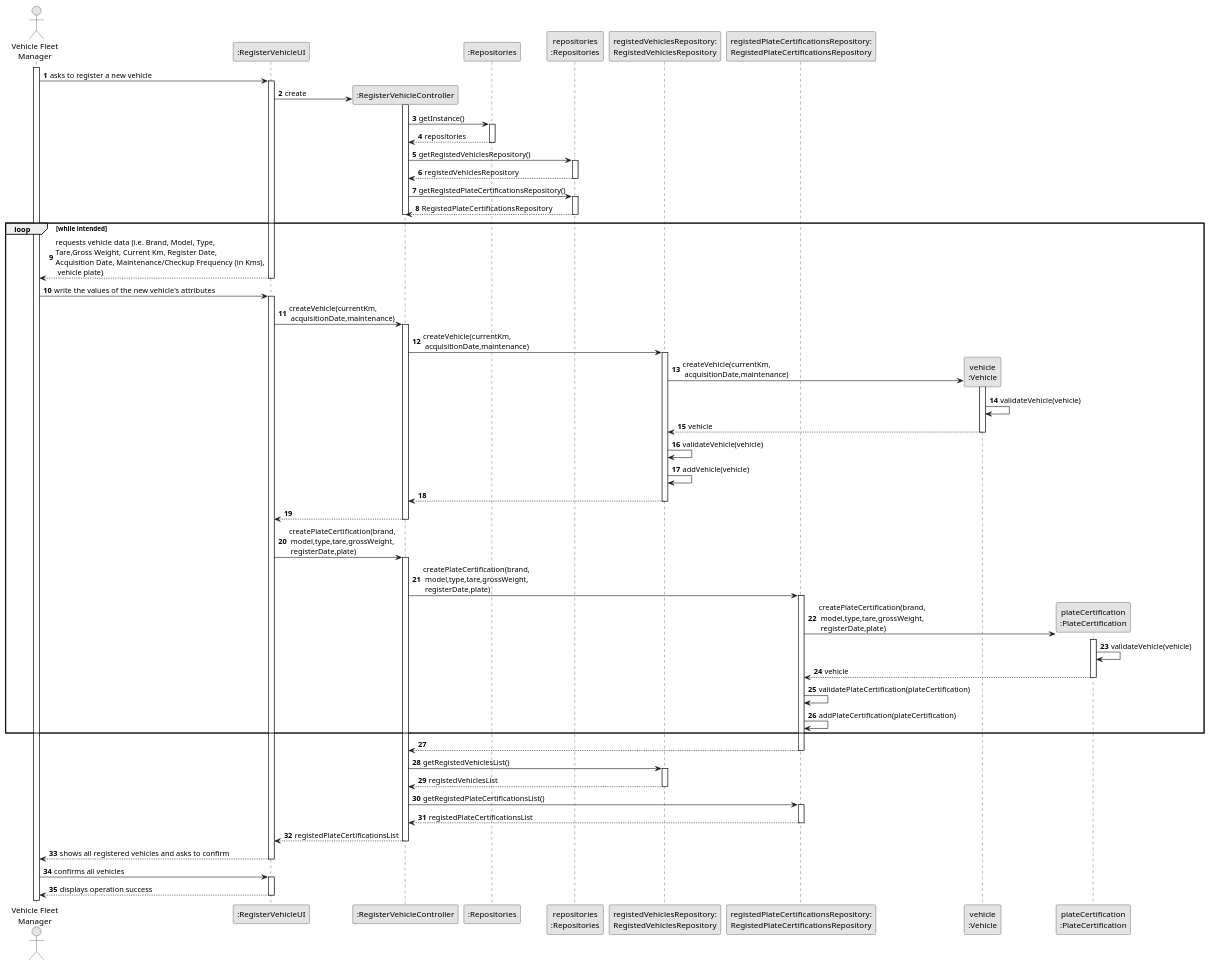
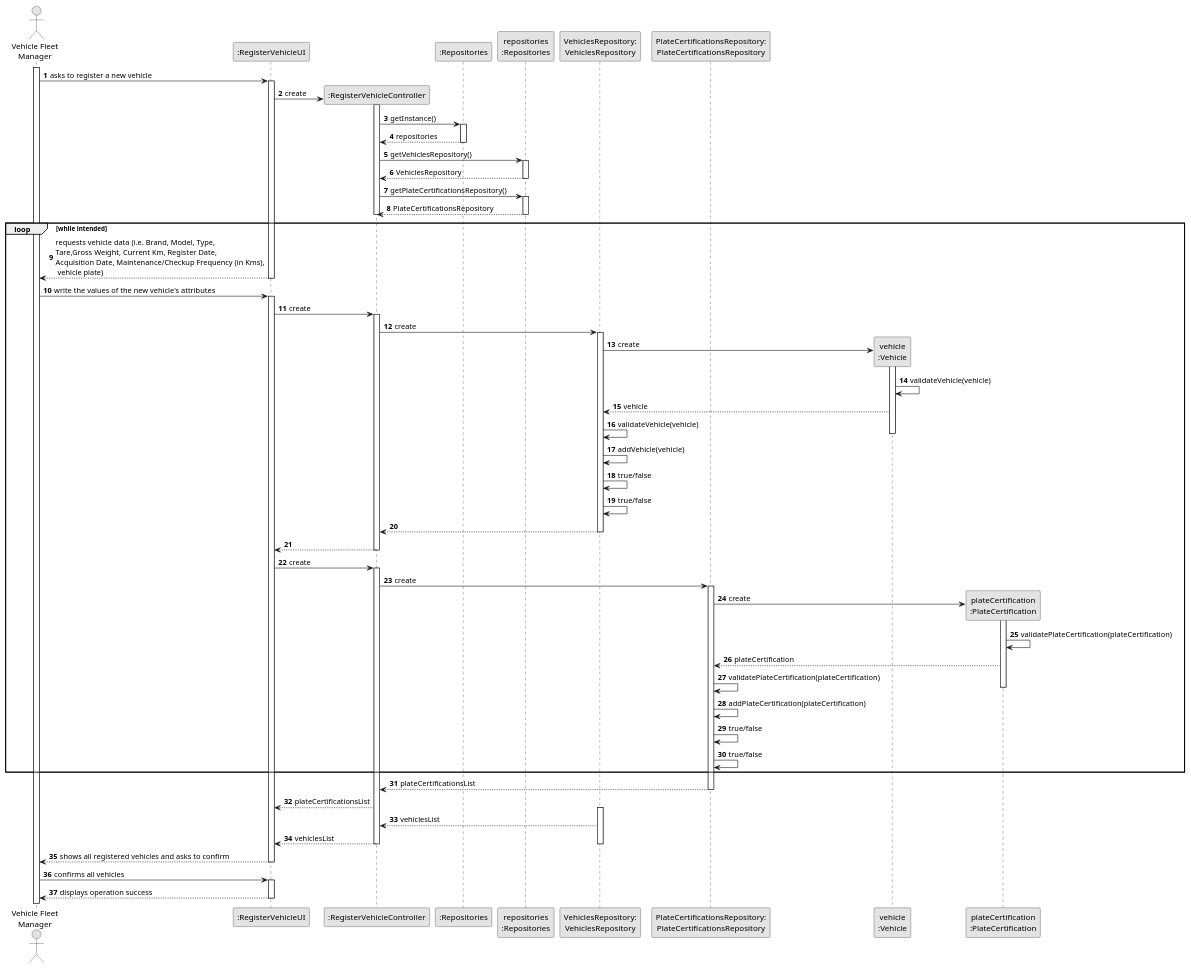
The diagram in docs/sprint2/us006/03.design/puml/us006-sequence-diagram-full.puml (1231360-ISEP/lei-24-s2-1db-g021), drawn with PlantUML before and after one commit. The commit also changed 7 other files, not shown here.

Commit message:
US6 - update full diagram and modify some files

```diff
--- a/docs/sprint2/us006/03.design/puml/us006-sequence-diagram-full.puml
+++ b/docs/sprint2/us006/03.design/puml/us006-sequence-diagram-full.puml
@@ -1,127 +1,125 @@
 @startuml
 skinparam monochrome true
 skinparam packageStyle rectangle
 skinparam shadowing false
 
 actor "Vehicle Fleet\nManager" as VFM
 participant ":RegisterVehicleUI" as UI
 participant ":RegisterVehicleController" as CTRL
 participant ":Repositories" as RepositorySingleton
 participant "repositories\n:Repositories" as PLAT
-participant "registedVehiclesRepository:\nRegistedVehiclesRepository" as RegistedVehiclesRepository
-participant "registedPlateCertificationsRepository:\nRegistedPlateCertificationsRepository" as RegistedPlateCertificationsRepository
+participant "VehiclesRepository:\nVehiclesRepository" as VehiclesRepository
+participant "PlateCertificationsRepository:\nPlateCertificationsRepository" as PlateCertificationsRepository
 participant "vehicle\n:Vehicle" as VEICULO
 participant "plateCertification\n:PlateCertification" as PLATE_CERTIFICATION
 
 autonumber 1
 
 activate VFM
 
         VFM -> UI : asks to register a new vehicle
     activate UI
 
         UI -> CTRL** : create
     activate CTRL
 
         CTRL -> RepositorySingleton : getInstance()
     activate RepositorySingleton
 
     RepositorySingleton --> CTRL: repositories
     deactivate RepositorySingleton
 
-        CTRL -> PLAT : getRegistedVehiclesRepository()
+        CTRL -> PLAT : getVehiclesRepository()
     activate PLAT
 
-    PLAT --> CTRL: registedVehiclesRepository
+    PLAT --> CTRL: VehiclesRepository
     deactivate PLAT
 
-    CTRL -> PLAT : getRegistedPlateCertificationsRepository()
+    CTRL -> PLAT : getPlateCertificationsRepository()
 
     activate PLAT
 
-    PLAT --> CTRL: RegistedPlateCertificationsRepository
+    PLAT --> CTRL: PlateCertificationsRepository
     deactivate PLAT
 
 deactivate CTRL
 
     loop while intended
         UI --> VFM : requests vehicle data (i.e. Brand, Model, Type, \nTare,Gross Weight, Current Km, Register Date, \nAcquisition Date, Maintenance/Checkup Frequency (in Kms),\n vehicle plate)
 
     deactivate UI
 
         VFM -> UI : write the values of the new vehicle's attributes
     activate UI
 
-       UI -> CTRL: createVehicle(currentKm,\n acquisitionDate,maintenance)
+       UI -> CTRL: create
     activate CTRL
 
-        CTRL -> RegistedVehiclesRepository : createVehicle(currentKm,\n acquisitionDate,maintenance)
-    activate RegistedVehiclesRepository
+        CTRL -> VehiclesRepository : create
+    activate VehiclesRepository
 
-        RegistedVehiclesRepository -> VEICULO**: createVehicle(currentKm,\n acquisitionDate,maintenance)
+        'VehiclesRepository -> VEICULO**: createVehicle(currentKm,\n acquisitionDate,maintenance)
+        VehiclesRepository -> VEICULO**: create
     activate VEICULO
 
-        VEICULO -> VEICULO: validateVehicle(vehicle)
+    VEICULO -> VEICULO: validateVehicle(vehicle)
 
-    RegistedVehiclesRepository <-- VEICULO : vehicle
+    VEICULO --> VehiclesRepository : vehicle
+    VehiclesRepository -> VehiclesRepository: validateVehicle(vehicle)
     deactivate VEICULO
+    VehiclesRepository -> VehiclesRepository: addVehicle(vehicle)
+    VehiclesRepository -> VehiclesRepository: true/false
+    VehiclesRepository -> VehiclesRepository: true/false
 
-    RegistedVehiclesRepository -> RegistedVehiclesRepository: validateVehicle(vehicle)
-    RegistedVehiclesRepository -> RegistedVehiclesRepository: addVehicle(vehicle)
-
-    CTRL <-- RegistedVehiclesRepository
-    deactivate RegistedVehiclesRepository
+    CTRL <-- VehiclesRepository
+    deactivate VehiclesRepository
 
     UI <-- CTRL
 
     deactivate CTRL
 
-    UI -> CTRL: createPlateCertification(brand,\n model,type,tare,grossWeight,\n registerDate,plate)
+    UI -> CTRL: create
 
     activate CTRL
 
-        CTRL -> RegistedPlateCertificationsRepository : createPlateCertification(brand,\n model,type,tare,grossWeight,\n registerDate,plate)
-    activate RegistedPlateCertificationsRepository
+        CTRL -> PlateCertificationsRepository : create
+    activate PlateCertificationsRepository
 
-    RegistedPlateCertificationsRepository -> PLATE_CERTIFICATION**: createPlateCertification(brand,\n model,type,tare,grossWeight,\n registerDate,plate)
+    'PlateCertificationsRepository -> PLATE_CERTIFICATION**: createPlateCertification(brand,\n model,type,tare,grossWeight,\n registerDate,plate)
+    PlateCertificationsRepository -> PLATE_CERTIFICATION**: create
 
     activate PLATE_CERTIFICATION
-        PLATE_CERTIFICATION -> PLATE_CERTIFICATION: validateVehicle(vehicle)
+        PLATE_CERTIFICATION -> PLATE_CERTIFICATION: validatePlateCertification(plateCertification)
 
-    RegistedPlateCertificationsRepository <-- PLATE_CERTIFICATION : vehicle
-    deactivate PLATE_CERTIFICATION
-
-    RegistedPlateCertificationsRepository -> RegistedPlateCertificationsRepository: validatePlateCertification(plateCertification)
-    RegistedPlateCertificationsRepository -> RegistedPlateCertificationsRepository: addPlateCertification(plateCertification)
+        PLATE_CERTIFICATION --> PlateCertificationsRepository : plateCertification
+        PlateCertificationsRepository -> PlateCertificationsRepository: validatePlateCertification(plateCertification)
+        deactivate PLATE_CERTIFICATION
+        PlateCertificationsRepository -> PlateCertificationsRepository: addPlateCertification(plateCertification)
+        PlateCertificationsRepository -> PlateCertificationsRepository: true/false
+        PlateCertificationsRepository -> PlateCertificationsRepository: true/false
 
     end
 
-    CTRL <-- RegistedPlateCertificationsRepository
-    deactivate
+    CTRL <-- PlateCertificationsRepository : plateCertificationsList
+    deactivate PlateCertificationsRepository
 
-        CTRL -> RegistedVehiclesRepository : getRegistedVehiclesList()
-    activate RegistedVehiclesRepository
+    CTRL --> UI : plateCertificationsList
 
-    RegistedVehiclesRepository --> CTRL : registedVehiclesList
-    deactivate RegistedVehiclesRepository
+    activate VehiclesRepository
 
-        CTRL -> RegistedPlateCertificationsRepository : getRegistedPlateCertificationsList()
-    activate RegistedPlateCertificationsRepository
-
-    RegistedPlateCertificationsRepository --> CTRL : registedPlateCertificationsList
-    deactivate RegistedPlateCertificationsRepository
-
-    CTRL --> UI : registedPlateCertificationsList
+    CTRL <-- VehiclesRepository : vehiclesList
+    CTRL --> UI : vehiclesList
+    deactivate VehiclesRepository
 
     deactivate CTRL
 
     UI --> VFM : shows all registered vehicles and asks to confirm
     deactivate UI
 
         VFM -> UI : confirms all vehicles
     activate UI
 
     UI --> VFM : displays operation success
     deactivate UI
 
 @enduml
```
